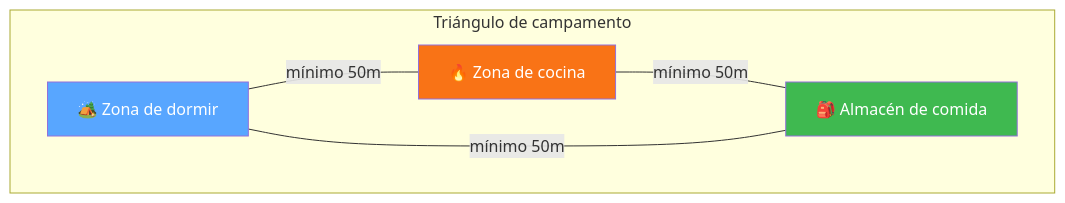
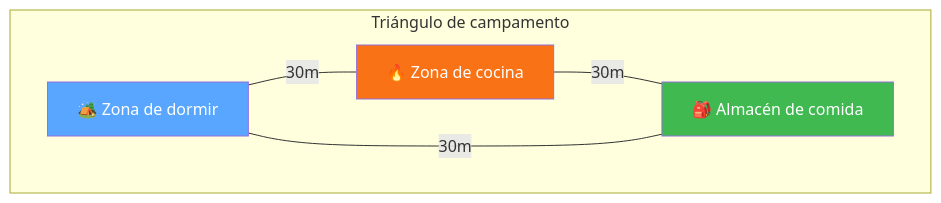
The second of 2 diagrams in especialidades/AR/arte_de_acampar.md (afromankenobi/especialidades_conquistadores), drawn with Mermaid before and after one commit. The commit also changed 6 other files, not shown here.

````diff
--- a/especialidades/AR/arte_de_acampar.md
+++ b/especialidades/AR/arte_de_acampar.md
@@ -400,15 +435,15 @@
 ```mermaid
 graph TB
     subgraph "Triángulo de campamento"
         A["🏕️ Zona de dormir"]
         B["🔥 Zona de cocina"]
         C["🎒 Almacén de comida"]
     end
-    A -- "mínimo 50m" --- B
-    B -- "mínimo 50m" --- C
-    C -- "mínimo 50m" --- A
+    A -- "30m" --- B
+    B -- "30m" --- C
+    C -- "30m" --- A
 
     style A fill:#58a6ff,color:#fff
     style B fill:#f97316,color:#fff
     style C fill:#3fb950,color:#fff
 ```
````
